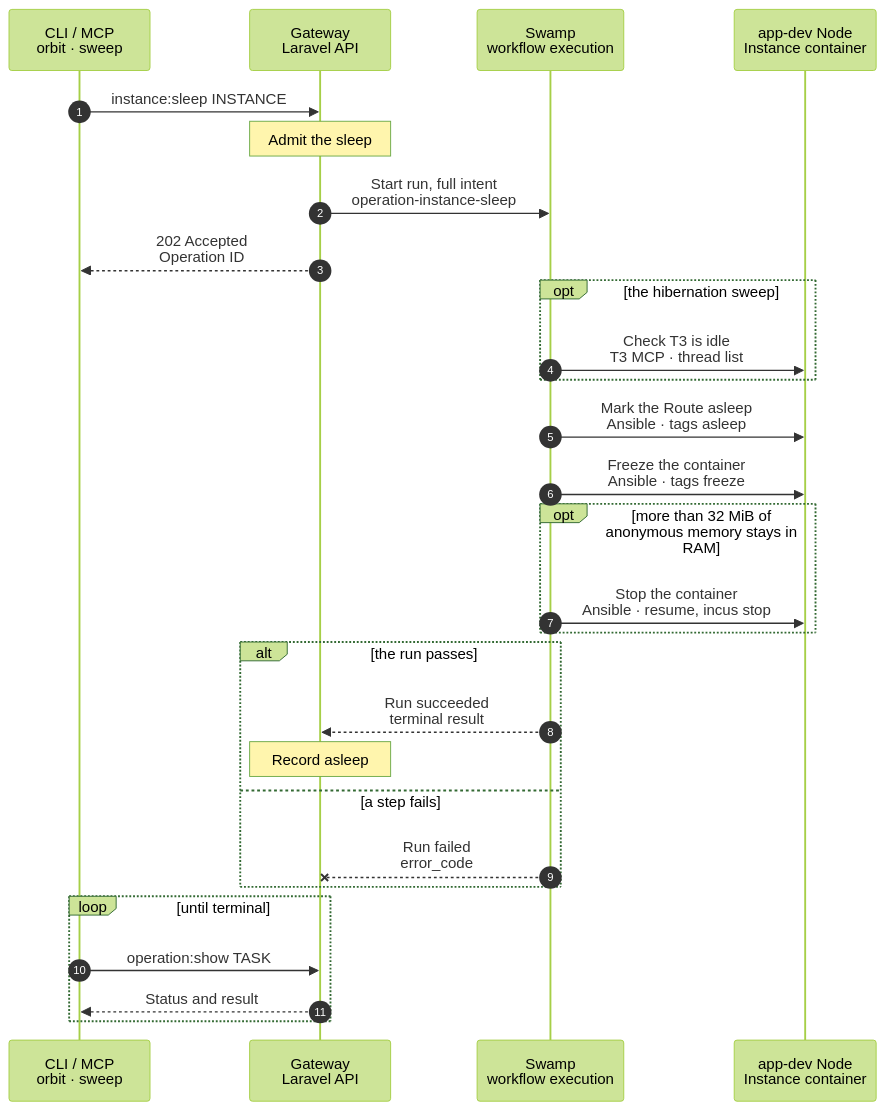
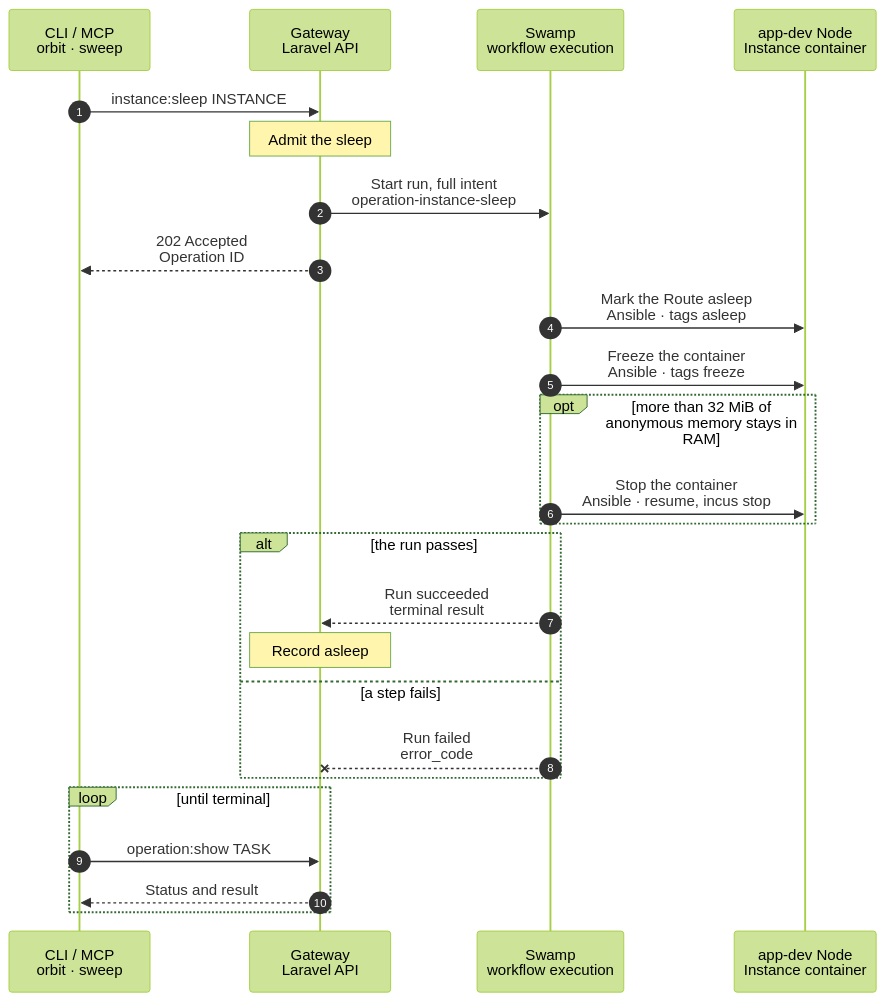
The diagram in docs/cli/instance/sleep.mmd (hardimpactdev/orbit), drawn with Mermaid (forest theme) before and after one commit. The commit also changed 12 other files, not shown here.

First line of the commit message:
docs(instances): specify the idle sleep of development containers

```diff
--- a/docs/cli/instance/sleep.mmd
+++ b/docs/cli/instance/sleep.mmd
@@ -1,83 +1,73 @@
 sequenceDiagram
   %% Container runtime (ADR 0250 step 8, docs/reference/development-containers.md#sleep-and-wake): freeze a development container with its memory in swap and leave its Route on the wake page. The hibernation sweep admits the same kind after an idle hour; the command admits it at once.
   %% status: draft
   %% command: instance:sleep
   %% kind: instance.sleep
   autonumber
   %% lane CLI icon=terminal pill=caller tone=gray
   %% lane GW icon=gateway pill=intent tone=blue
   %% lane SW icon=workflow pill=executes tone=green
   %% lane N icon=server pill=target tone=amber
   participant CLI as CLI / MCP<br/>orbit · sweep
   participant GW as Gateway<br/>Laravel API
   participant SW as Swamp<br/>workflow execution
   participant N as app-dev Node<br/>Instance container
   CLI->>GW: instance:sleep INSTANCE
   %%> Command:
   %%> - `orbit instance:sleep INSTANCE`
   %%> - syntax: `<instance-id> [--json]`
   %%> Callers:
   %%> - the command, at once
-  %%> - planned: the hibernation sweep, every 10 min, for an Instance without HTTP or T3 activity for an hour, without a running task and without a desired-running keep-alive Process
+  %%> - the idle sleep of the runtime hibernator, every 10 min, after it read no HTTP, wake or T3 activity for an hour and no running turn (docs/reference/development-containers.md#sleep-and-wake)
   Note over GW: Admit the sleep
   %%> When:
   %%> - an active development container that is not a default and not a nested-fleet Instance; take the Instance lock
   %%> On failure:
   %%> - no container, a default, a nested-fleet Instance, an active task or lifecycle work starts no run
   GW->>SW: Start run, full intent<br/>operation-instance-sleep
   GW-->>CLI: 202 Accepted<br/>Operation ID
-  opt the hibernation sweep
-    SW->>N: Check T3 is idle<br/>T3 MCP · thread list
-    %%> When:
-    %%> - planned, with the sweep; the sweep does not ship without this read
-    %%> What it does:
-    %%> - asks T3 for a running or queued turn and for the time of the last turn and client activity
-    %%> Result:
-    %%> - a turn or recent T3 activity ends the run with skip `t3_active`; the container stays running
-    %%> Why:
-    %%> - a sleep by itself never cuts a turn. The command does not check: its result says `t3_turn: not_checked`
-  end
   SW->>N: Mark the Route asleep<br/>Ansible · tags asleep
   %%> What it does:
   %%> - checks that Caddy's loaded site of the Instance has the asleep rule, else `instance.sleep_route_unready`
   %%> - writes the asleep marker, so each request from now on gets the wake page
   %%> Why:
   %%> - the marker comes before the freeze: a request during the freeze gets the wake page, not a hang
   SW->>N: Freeze the container<br/>Ansible · tags freeze
   %%> What it does:
   %%> - writes `max` to the container cgroup's `memory.swap.max` (Incus writes 0), `incus pause`, then a reclaim of its memory
   %%> - the processes and their state stay; their memory goes to swap, about 13 MiB stays in RAM
   %%> - a frozen or stopped container stays as it is
   %%> Why:
   %%> - the reclaim follows the pause, so no running process pulls a page back
   %%> - swap opens for this cgroup only and only while it sleeps: a running container never swaps
   %%> On failure:
   %%> - a failed swap write or pause writes 0 back and removes the marker, `instance.container_freeze_failed`; the container serves as before
   opt more than 32 MiB of anonymous memory stays in RAM
     SW->>N: Stop the container<br/>Ansible · resume, incus stop
     %%> Why:
     %%> - swap is full; a frozen container would hold RAM, which a sleep exists to free
     %%> Result:
     %%> - `sleep: stopped`; the next wake boots it behind the same marker
     %%> On failure:
     %%> - the resumed container runs: swap closes again, the marker goes, `instance.container_freeze_failed`
   end
   alt the run passes
     %% path: main
     SW-->>GW: Run succeeded<br/>terminal result
     Note over GW: Record asleep
     %%> Result:
     %%> - the runtime's `power_state` is `stopped` for a frozen and a stopped container; the result says `sleep: frozen` or `sleep: stopped`
+    %%> - `t3_turn` is `idle` when the idle sleep started it, which read T3 first, and `not_checked` for the command
     %%> - the Conn layer shows its T3 server asleep; the hourly renewal skips it
   else a step fails
     %% path: failed
     SW--xGW: Run failed<br/>error_code
     %%> Result:
     %%> - `power_state` stays as it was. A marker left on a running container is harmless: the next request wakes the Instance, which removes it
     %%> Retry:
     %%> - the same command again
   end
   loop until terminal
     CLI->>GW: operation:show TASK
     GW-->>CLI: Status and result
   end
```
